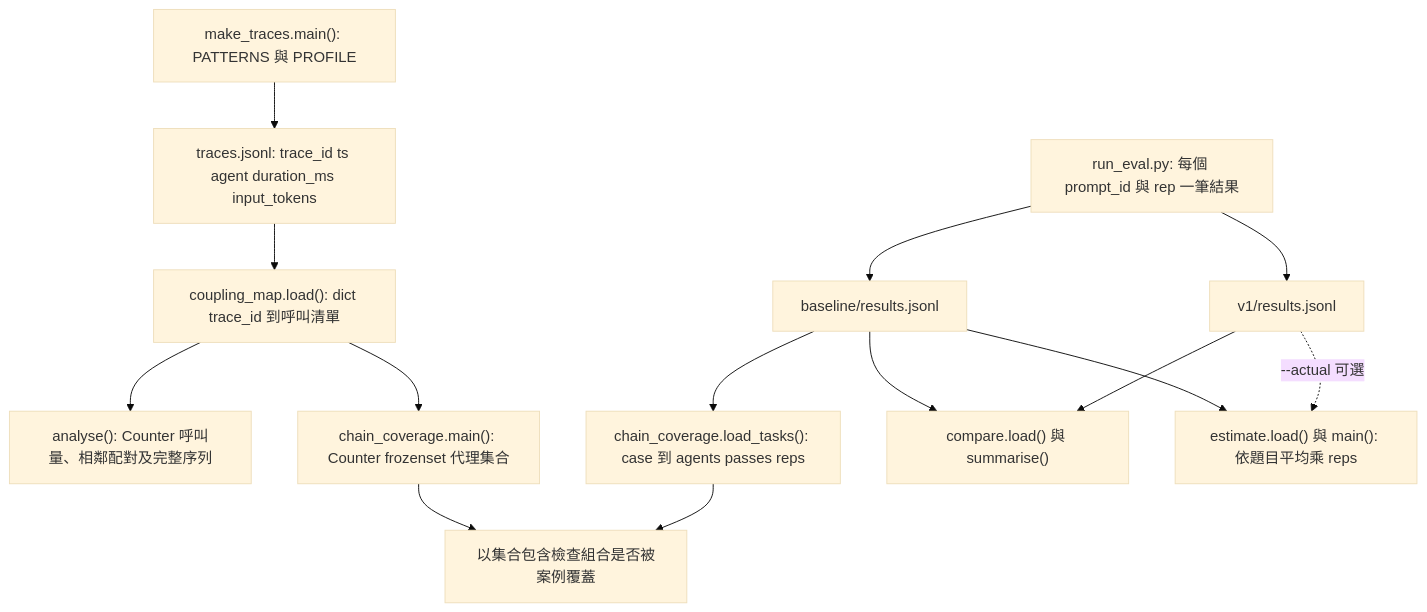
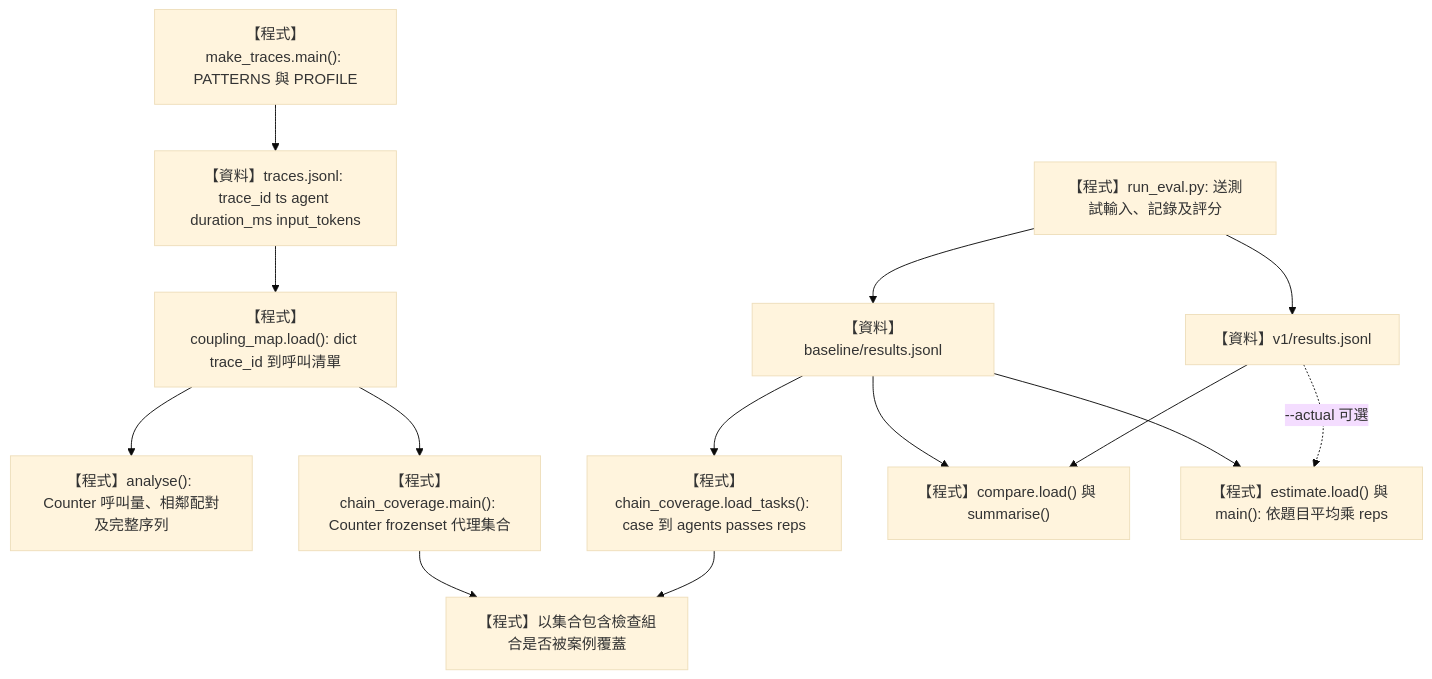
Before and after one commit to swchen44/personal-knowledge-base-from-ai: the fourth of 4 diagrams in AI/2026-10-22-BUILDING-AGENTS-WHEN-TO-FOLD-SUBAGENTS.md, drawn with Mermaid (base theme). The commit also changed other lines of this file and 1 other file, not shown here.

Commit message:
kb: label rule-based, model, and human actions in loop diagrams

````diff
--- a/AI/2026-10-22-BUILDING-AGENTS-WHEN-TO-FOLD-SUBAGENTS.md
+++ b/AI/2026-10-22-BUILDING-AGENTS-WHEN-TO-FOLD-SUBAGENTS.md
@@ -240,16 +253,16 @@
 ```mermaid
 flowchart TD
-    GEN["make_traces.main(): PATTERNS 與 PROFILE"] --> T["traces.jsonl: trace_id ts agent duration_ms input_tokens"]
-    T --> LOAD["coupling_map.load(): dict trace_id 到呼叫清單"]
-    LOAD --> MAP["analyse(): Counter 呼叫量、相鄰配對及完整序列"]
-    LOAD --> CH["chain_coverage.main(): Counter frozenset 代理集合"]
-    R["run_eval.py: 每個 prompt_id 與 rep 一筆結果"] --> BASE["baseline/results.jsonl"]
-    R --> NEW["v1/results.jsonl"]
-    BASE --> TASK["chain_coverage.load_tasks(): case 到 agents passes reps"]
-    CH --> COVER["以集合包含檢查組合是否被案例覆蓋"]
+    GEN["【程式】make_traces.main(): PATTERNS 與 PROFILE"] --> T["【資料】traces.jsonl: trace_id ts agent duration_ms input_tokens"]
+    T --> LOAD["【程式】coupling_map.load(): dict trace_id 到呼叫清單"]
+    LOAD --> MAP["【程式】analyse(): Counter 呼叫量、相鄰配對及完整序列"]
+    LOAD --> CH["【程式】chain_coverage.main(): Counter frozenset 代理集合"]
+    R["【程式】run_eval.py: 送測試輸入、記錄及評分"] --> BASE["【資料】baseline/results.jsonl"]
+    R --> NEW["【資料】v1/results.jsonl"]
+    BASE --> TASK["【程式】chain_coverage.load_tasks(): case 到 agents passes reps"]
+    CH --> COVER["【程式】以集合包含檢查組合是否被案例覆蓋"]
     TASK --> COVER
-    BASE --> COMP["compare.load() 與 summarise()"]
+    BASE --> COMP["【程式】compare.load() 與 summarise()"]
     NEW --> COMP
-    BASE --> EST["estimate.load() 與 main(): 依題目平均乘 reps"]
+    BASE --> EST["【程式】estimate.load() 與 main(): 依題目平均乘 reps"]
     NEW -. "--actual 可選" .-> EST
 ```
````
